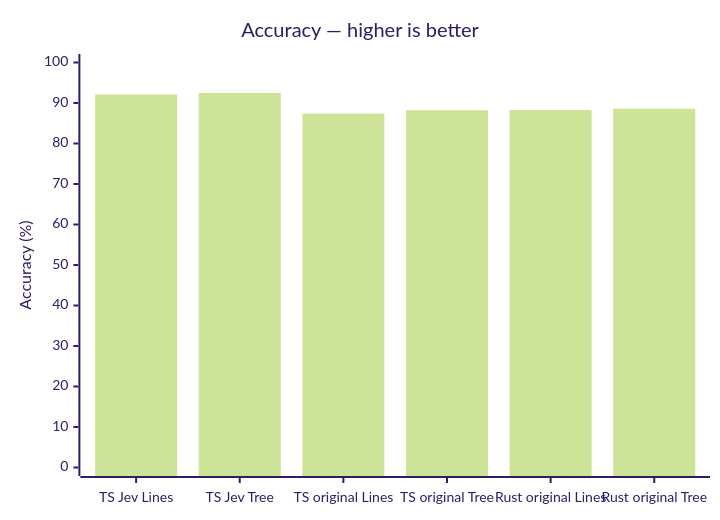
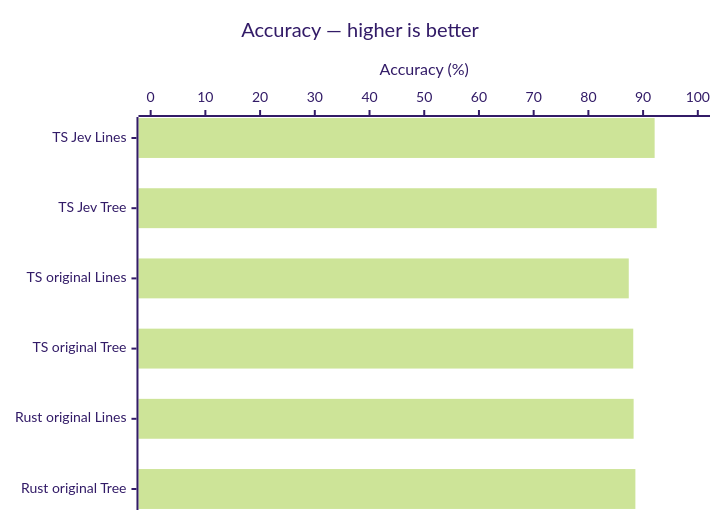
One commit to kossnocorp/spacer changed the fourth of 15 diagrams in docs/benchmark.md. Above: the diagram before and after it, drawn with Mermaid (forest theme). The commit also changed other lines of this file and 29 other files, not shown here.

````diff
--- a/docs/benchmark.md
+++ b/docs/benchmark.md
@@ -14,7 +53,7 @@
 ```mermaid
-xychart-beta
+xychart-beta horizontal
   title "Accuracy — higher is better"
   x-axis ["TS Jev Lines", "TS Jev Tree", "TS original Lines", "TS original Tree", "Rust original Lines", "Rust original Tree"]
   y-axis "Accuracy (%)" 0 --> 100
-  bar [92.11, 92.49, 87.38, 88.20, 88.27, 88.59]
+  bar [92.11, 92.49, 87.38, 88.2, 88.27, 88.59]
 ```
````
